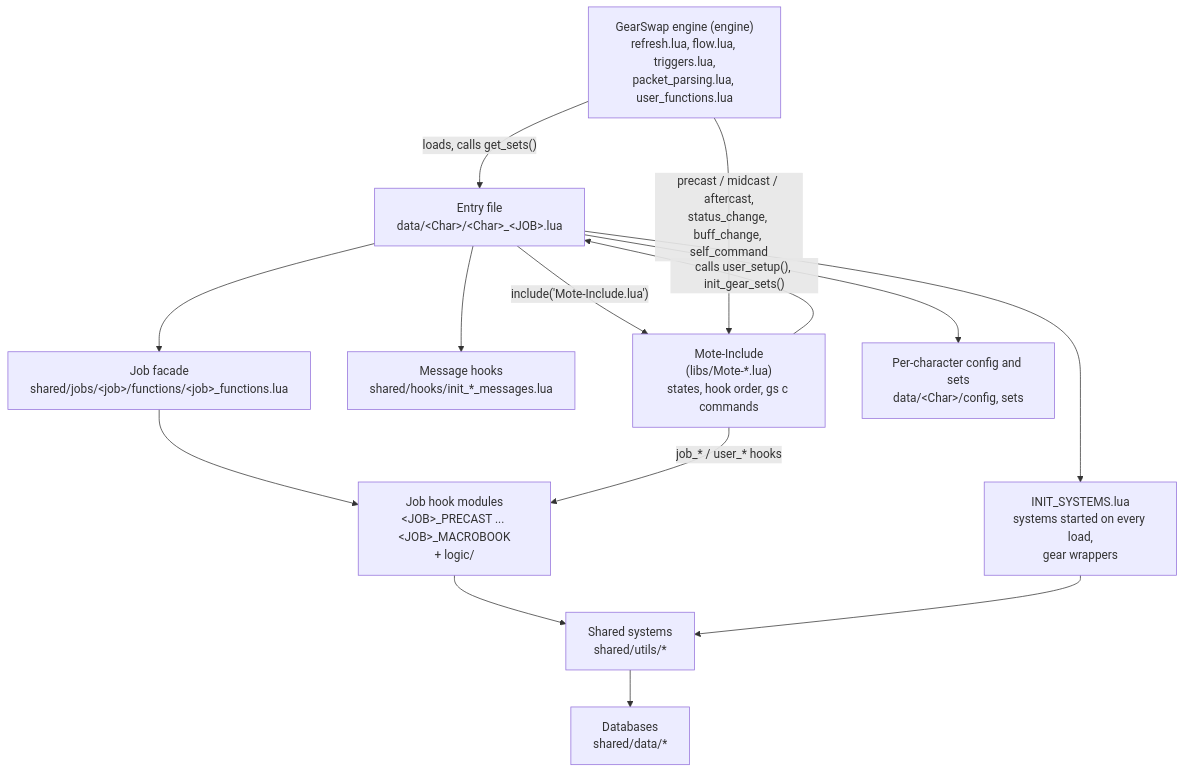
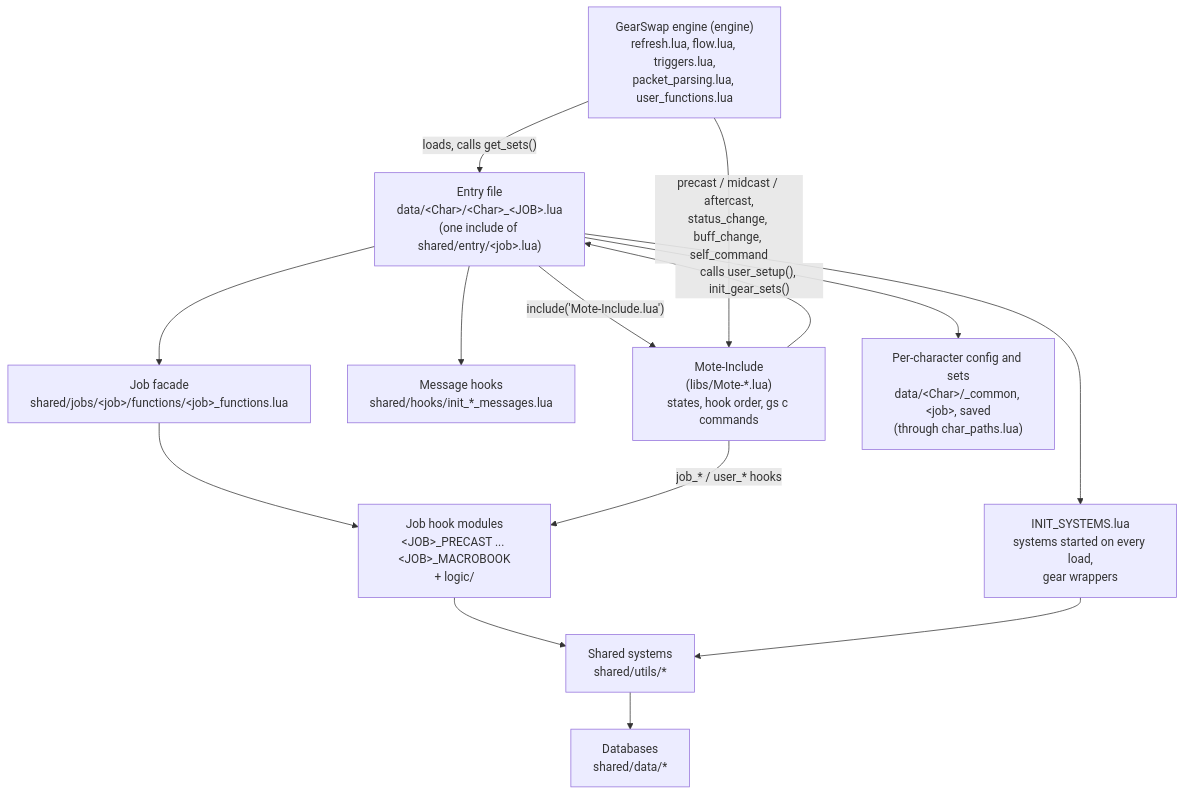
The diagram in docs/dev/maintainer-guide.md (ejouanchicot/Gearswap), drawn with Mermaid before and after one commit. The commit also changed other lines of this file and 94 other files, not shown here.

First line of the commit message:
docs: 22 jobs, 2 s / 3 s reload, the 2026-09-30 folder layout, shared/entry entry points

````diff
--- a/docs/dev/maintainer-guide.md
+++ b/docs/dev/maintainer-guide.md
@@ -54,26 +54,26 @@
 ```mermaid
 flowchart TD
     ENG["GearSwap engine (engine)<br/>refresh.lua, flow.lua, triggers.lua,<br/>packet_parsing.lua, user_functions.lua"]
-    ENTRY["Entry file<br/>data/&lt;Char&gt;/&lt;Char&gt;_&lt;JOB&gt;.lua"]
+    ENTRY["Entry file<br/>data/&lt;Char&gt;/&lt;Char&gt;_&lt;JOB&gt;.lua<br/>(one include of shared/entry/&lt;job&gt;.lua)"]
     MOTE["Mote-Include<br/>(libs/Mote-*.lua)<br/>states, hook order, gs c commands"]
     INIT["INIT_SYSTEMS.lua<br/>systems started on every load,<br/>gear wrappers"]
     HOOKS["Message hooks<br/>shared/hooks/init_*_messages.lua"]
     FACADE["Job facade<br/>shared/jobs/&lt;job&gt;/functions/&lt;job&gt;_functions.lua"]
     MODS["Job hook modules<br/>&lt;JOB&gt;_PRECAST ... &lt;JOB&gt;_MACROBOOK<br/>+ logic/"]
     SYS["Shared systems<br/>shared/utils/*"]
     DATA["Databases<br/>shared/data/*"]
-    CFG["Per-character config and sets<br/>data/&lt;Char&gt;/config, sets"]
+    CFG["Per-character config and sets<br/>data/&lt;Char&gt;/_common, &lt;job&gt;, saved<br/>(through char_paths.lua)"]
     ENG -->|"loads, calls get_sets()"| ENTRY
     ENTRY -->|"include('Mote-Include.lua')"| MOTE
     MOTE -->|"calls user_setup(), init_gear_sets()"| ENTRY
     ENTRY --> INIT
     ENTRY --> HOOKS
     ENTRY --> FACADE
     FACADE --> MODS
     MODS --> SYS
     INIT --> SYS
     SYS --> DATA
     ENTRY --> CFG
     ENG -->|"precast / midcast / aftercast,<br/>status_change, buff_change, self_command"| MOTE
     MOTE -->|"job_* / user_* hooks"| MODS
 ```
````
